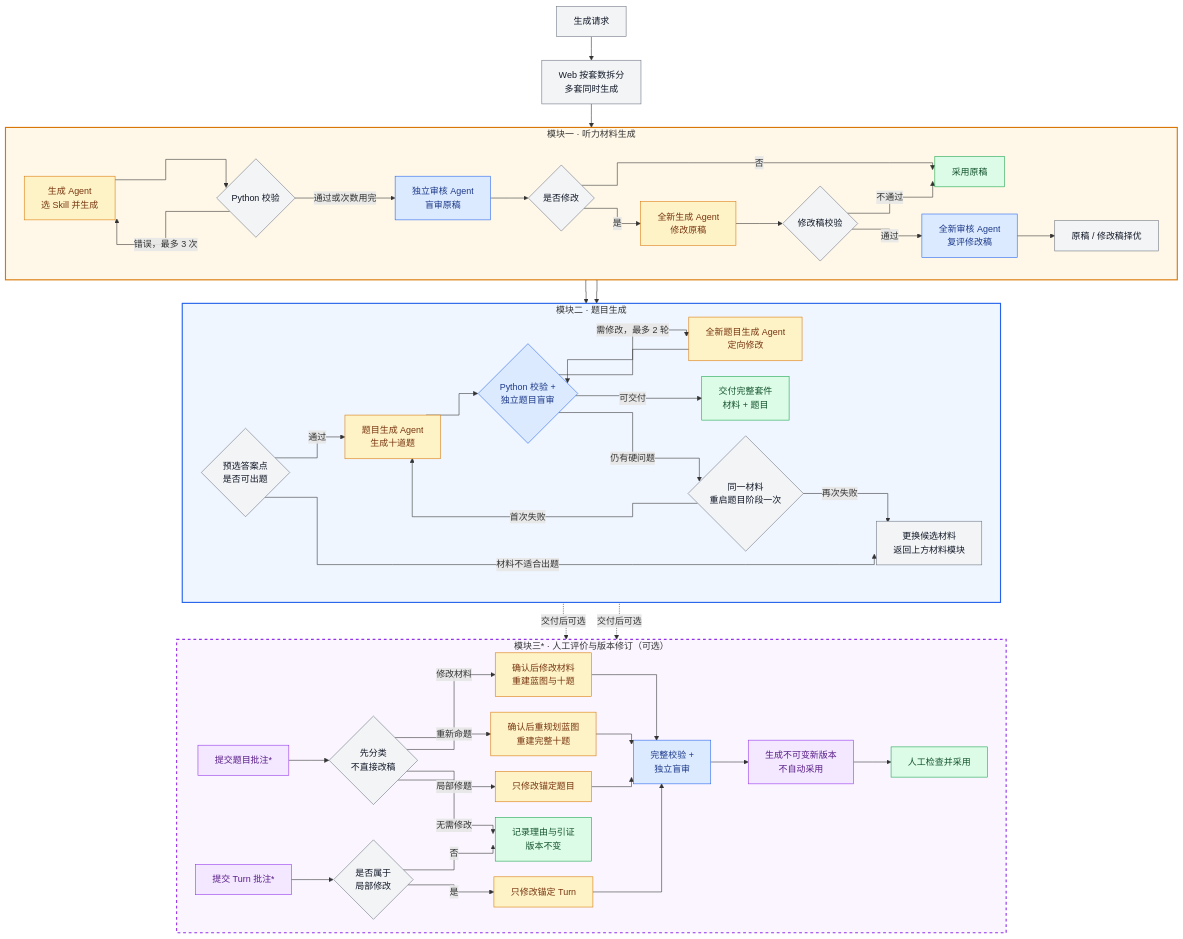
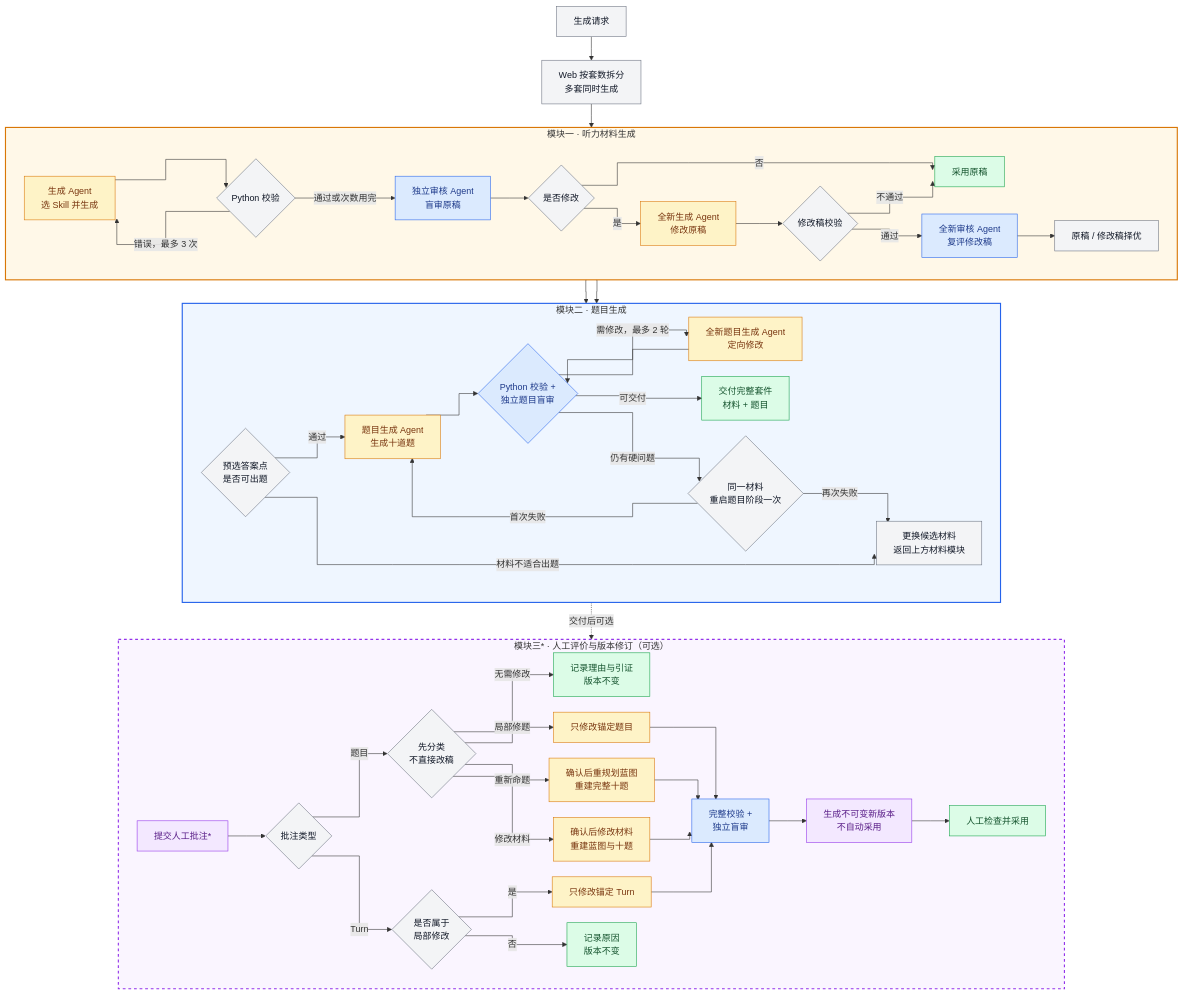
Before and after one commit to wanglingxiao123/ielts-part1-generator: the second of 2 diagrams in README.md, drawn with Mermaid. The commit also changed other lines of this file, not shown here.

Commit message:
docs: restore stacked agent loop layout

````diff
--- a/README.md
+++ b/README.md
@@ -266,73 +266,73 @@
 ```mermaid
 %%{init: {"flowchart": {"curve": "stepAfter", "nodeSpacing": 28, "rankSpacing": 42}}}%%
 flowchart TB
     Q["生成请求"] --> F["Web 按套数拆分<br/>多套同时生成"]
 
     subgraph MATERIAL["模块一 · 听力材料生成"]
         direction LR
         G["生成 Agent<br/>选 Skill 并生成"]
         G --> V{"Python 校验"}
         V -- "错误，最多 3 次" --> G
         V -- "通过或次数用完" --> A["独立审核 Agent<br/>盲审原稿"]
         A --> X{"是否修改"}
         X -- "否" --> O["采用原稿"]
         X -- "是" --> R["全新生成 Agent<br/>修改原稿"]
         R --> C{"修改稿校验"}
         C -- "不通过" --> O
         C -- "通过" --> E["全新审核 Agent<br/>复评修改稿"]
         E --> B["原稿 / 修改稿择优"]
     end
 
     F --> G
     O --> P
     B --> P
 
     subgraph QUESTIONS["模块二 · 题目生成"]
         direction LR
         P{"预选答案点<br/>是否可出题"}
         P -- "通过" --> T["题目生成 Agent<br/>生成十道题"]
         T --> H{"Python 校验 +<br/>独立题目盲审"}
         H -- "需修改，最多 2 轮" --> J["全新题目生成 Agent<br/>定向修改"]
         J --> H
         H -- "可交付" --> D["交付完整套件<br/>材料 + 题目"]
         H -- "仍有硬问题" --> K{"同一材料<br/>重启题目阶段一次"}
         K -- "首次失败" --> T
         K -- "再次失败" --> W["更换候选材料<br/>返回上方材料模块"]
         P -- "材料不适合出题" --> W
     end
 
     D -. "交付后可选" .-> CM
-    D -. "交付后可选" .-> TM
 
     subgraph REVISION["模块三* · 人工评价与版本修订（可选）"]
         direction LR
-        CM["提交题目批注*"] --> CL{"先分类<br/>不直接改稿"}
-        TM["提交 Turn 批注*"] --> TL{"是否属于<br/>局部修改"}
+        CM["提交人工批注*"] --> CT{"批注类型"}
+        CT -- "题目" --> CL{"先分类<br/>不直接改稿"}
+        CT -- "Turn" --> TL{"是否属于<br/>局部修改"}
         CL -- "无需修改" --> NC["记录理由与引证<br/>版本不变"]
         CL -- "局部修题" --> QR["只修改锚定题目"]
         CL -- "重新命题" --> RP["确认后重规划蓝图<br/>重建完整十题"]
         CL -- "修改材料" --> MR["确认后修改材料<br/>重建蓝图与十题"]
         TL -- "是" --> LR["只修改锚定 Turn"]
-        TL -- "否" --> NC
+        TL -- "否" --> LN["记录原因<br/>版本不变"]
         QR --> QA["完整校验 +<br/>独立盲审"]
         RP --> QA
         MR --> QA
         LR --> QA
         QA --> NV["生成不可变新版本<br/>不自动采用"]
         NV --> AD["人工检查并采用"]
     end
 
     classDef ai fill:#fef3c7,stroke:#d97706,color:#78350f;
     classDef audit fill:#dbeafe,stroke:#2563eb,color:#1e3a8a;
     classDef code fill:#f3f4f6,stroke:#6b7280,color:#111827;
     classDef done fill:#dcfce7,stroke:#16a34a,color:#14532d;
     classDef optional fill:#f3e8ff,stroke:#9333ea,color:#581c87;
     class G,R,T,J,QR,RP,MR,LR ai;
     class A,E,H,QA audit;
-    class Q,F,V,X,C,B,P,K,W,CL,TL code;
-    class CM,TM,NV optional;
-    class O,D,NC,AD done;
+    class Q,F,V,X,C,B,P,K,W,CT,CL,TL code;
+    class CM,NV optional;
+    class O,D,NC,LN,AD done;
     style MATERIAL fill:#fff8e8,stroke:#d97706,stroke-width:2px;
     style QUESTIONS fill:#eff6ff,stroke:#2563eb,stroke-width:2px;
     style REVISION fill:#faf5ff,stroke:#9333ea,stroke-width:2px,stroke-dasharray:5 5;
 ```
````
